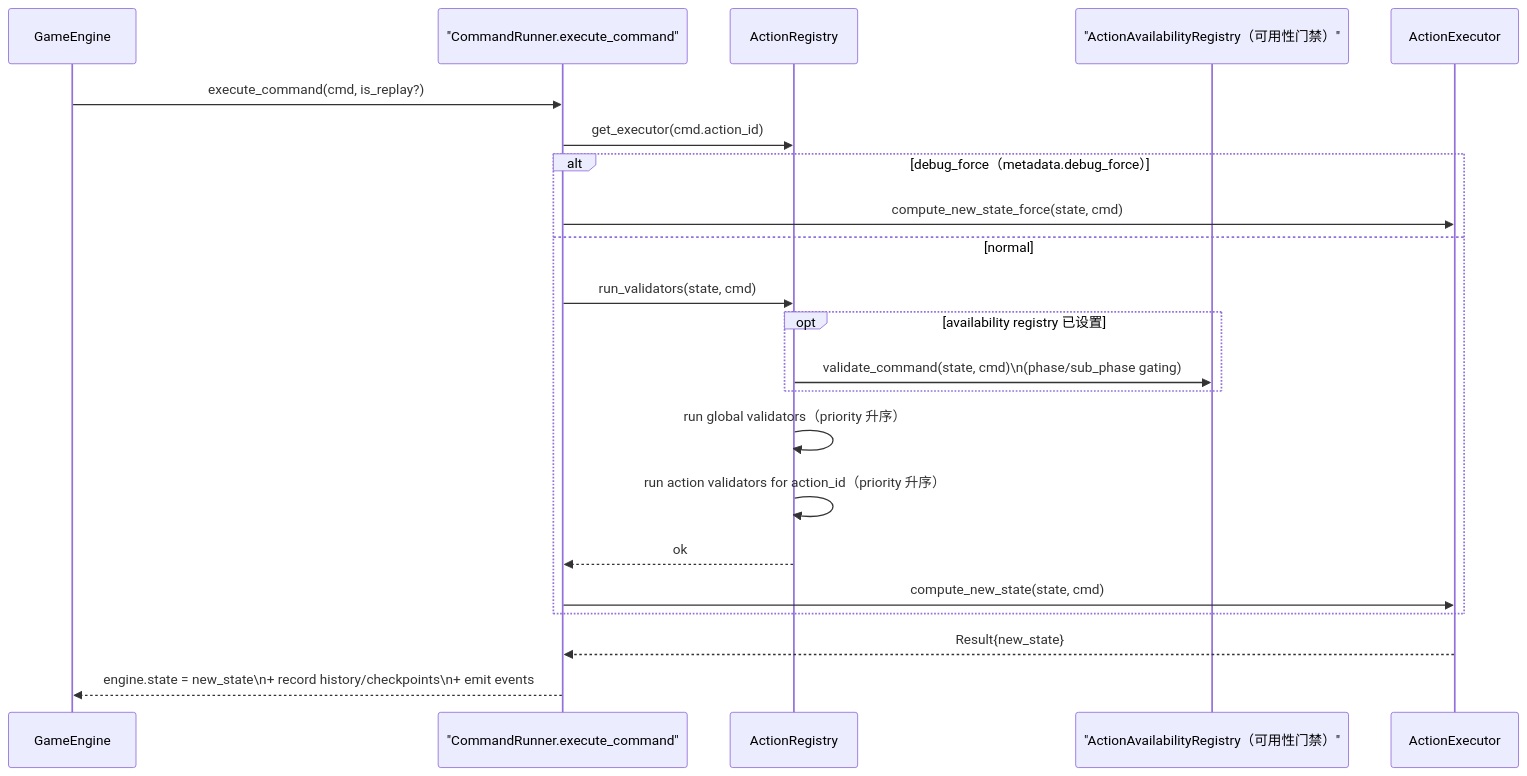
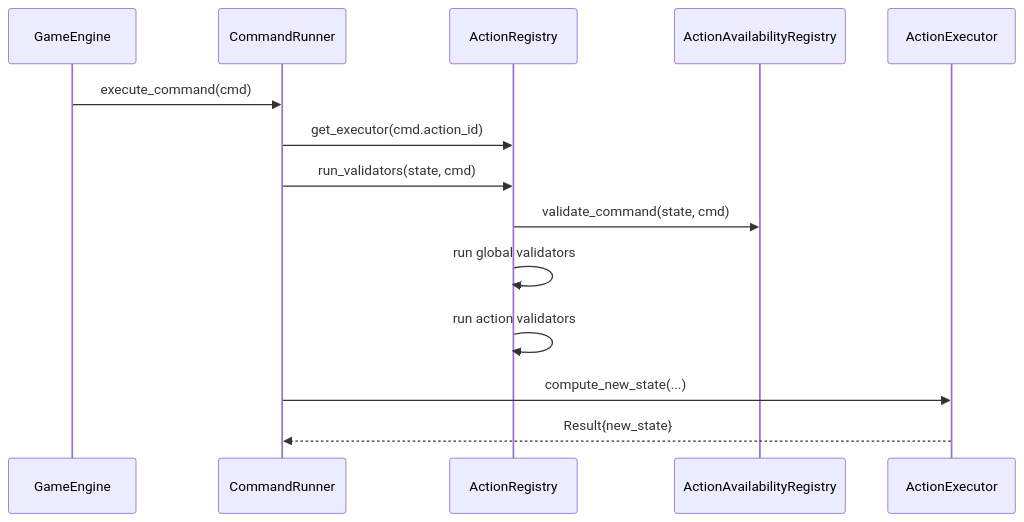
The third of 3 diagrams in docs/architecture/60-modules-v2.md (ygowill/food_chain_magnate), drawn with Mermaid before and after one commit. The commit also changed other lines of this file and 82 other files, not shown here.

Commit message:
docs: reorganize documentation structure and refresh architecture docs

````diff
--- a/docs/architecture/60-modules-v2.md
+++ b/docs/architecture/60-modules-v2.md
@@ -124,27 +80,17 @@
 ```mermaid
 sequenceDiagram
   participant GE as GameEngine
-  participant CR as "CommandRunner.execute_command"
+  participant CR as CommandRunner
   participant AR as ActionRegistry
-  participant Av as "ActionAvailabilityRegistry（可用性门禁）"
+  participant AV as ActionAvailabilityRegistry
   participant EX as ActionExecutor
 
-  GE->>CR: execute_command(cmd, is_replay?)
+  GE->>CR: execute_command(cmd)
   CR->>AR: get_executor(cmd.action_id)
-
-  alt debug_force（metadata.debug_force）
-    CR->>EX: compute_new_state_force(state, cmd)
-  else normal
-    CR->>AR: run_validators(state, cmd)
-    opt availability registry 已设置
-      AR->>Av: validate_command(state, cmd)\n(phase/sub_phase gating)
-    end
-    AR->>AR: run global validators（priority 升序）
-    AR->>AR: run action validators for action_id（priority 升序）
-    AR-->>CR: ok
-    CR->>EX: compute_new_state(state, cmd)
-  end
-
+  CR->>AR: run_validators(state, cmd)
+  AR->>AV: validate_command(state, cmd)
+  AR->>AR: run global validators
+  AR->>AR: run action validators
+  CR->>EX: compute_new_state(...)
   EX-->>CR: Result{new_state}
-  CR-->>GE: engine.state = new_state\n+ record history/checkpoints\n+ emit events
 ```
````
